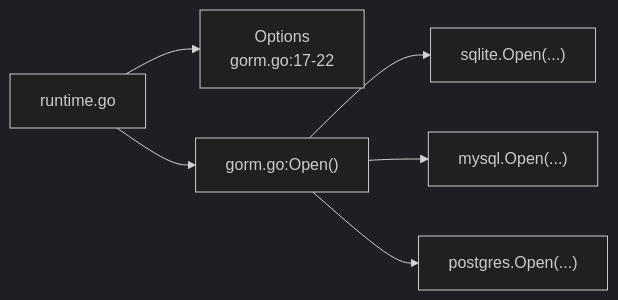
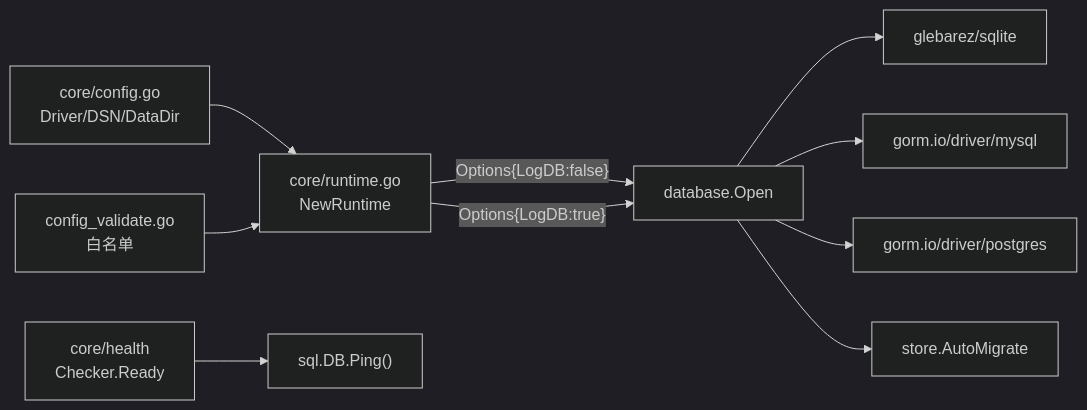
The fourth of 5 diagrams in docs/扩展与插件系统/存储后端扩展/数据库适配器.md (x01n/My-OpenWaf), drawn with Mermaid (dark theme) before and after one commit. The commit also changed other lines of this file and 622 other files, not shown here.

````diff
--- a/docs/扩展与插件系统/存储后端扩展/数据库适配器.md
+++ b/docs/扩展与插件系统/存储后端扩展/数据库适配器.md
@@ -292,8 +406,12 @@
 ```mermaid
 graph LR
-RUNTIME["runtime.go"] --> OPTS["Options<br/>gorm.go:17-22"]
-RUNTIME --> ADAPTER["gorm.go:Open()"]
-ADAPTER --> SQLITE["sqlite.Open(...)"]
-ADAPTER --> MYSQL["mysql.Open(...)"]
-ADAPTER --> PG["postgres.Open(...)"]
+CFG["core/config.go<br/>Driver/DSN/DataDir"] --> RT["core/runtime.go<br/>NewRuntime"]
+VAL["config_validate.go<br/>白名单"] --> RT
+RT -->|"Options{LogDB:false}"| OPEN["database.Open"]
+RT -->|"Options{LogDB:true}"| OPEN
+OPEN --> SQ["glebarez/sqlite"]
+OPEN --> MY["gorm.io/driver/mysql"]
+OPEN --> PG["gorm.io/driver/postgres"]
+OPEN --> MIG["store.AutoMigrate"]
+HC["core/health<br/>Checker.Ready"] --> PING["sql.DB.Ping()"]
 ```
````
